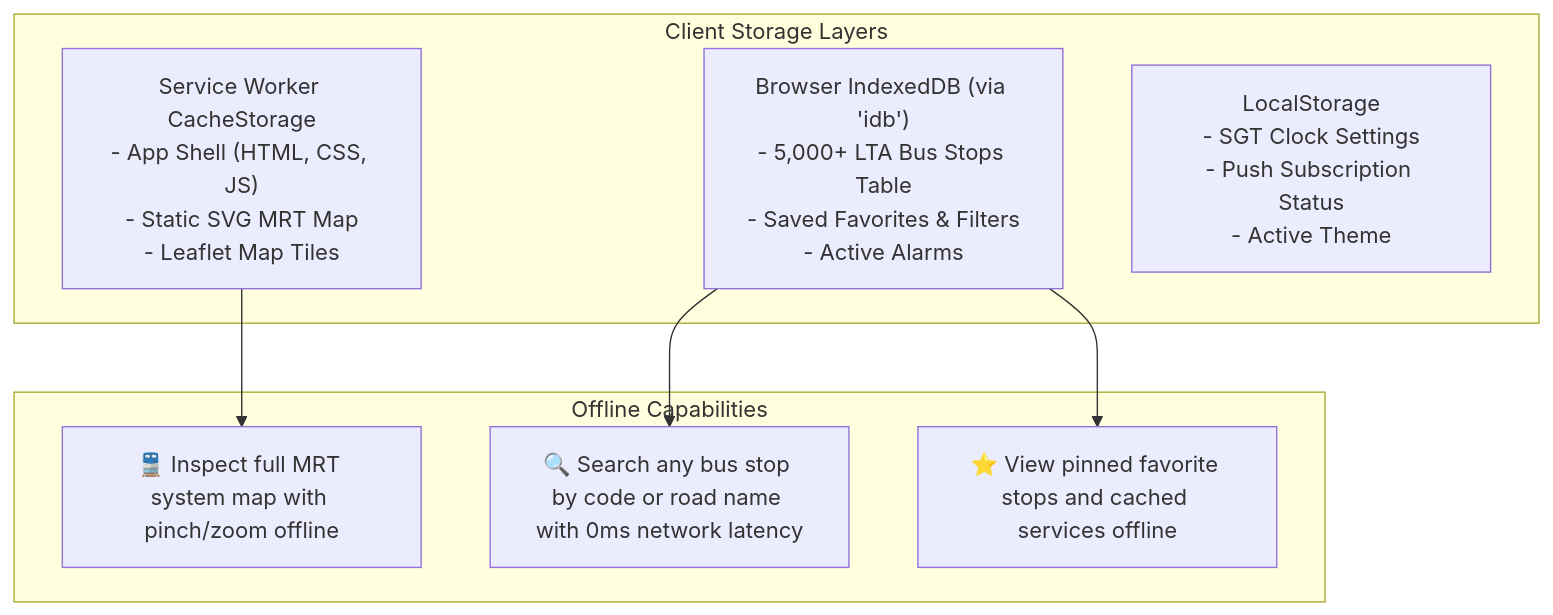
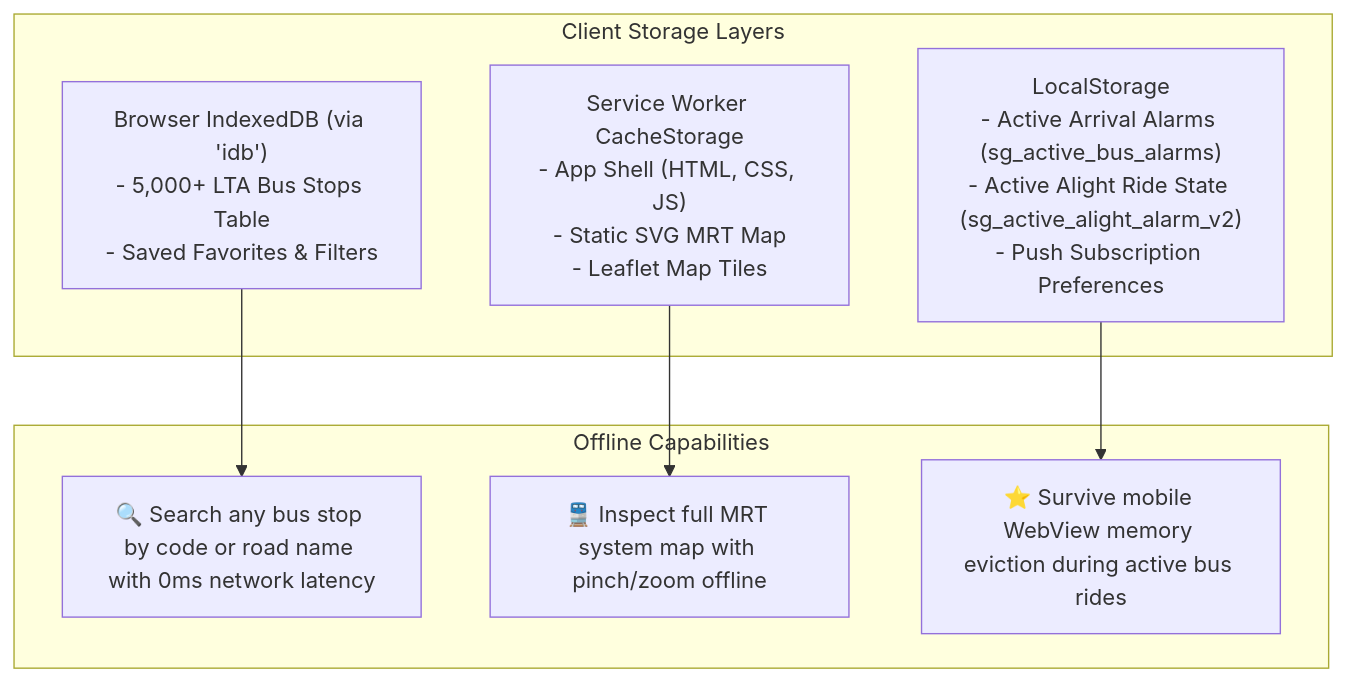
One commit to jasontan89/sg-bus-kaki-pwa changed the third of 3 diagrams in ARCHITECTURE.md. Above: the diagram before and after it, drawn with Mermaid. The commit also changed other lines of this file and 13 other files, not shown here.

Commit message:
feat(alight): add cloud background live-bus GPS tracking, 3-pulse Web Push, and mobile UI fixes

````diff
--- a/ARCHITECTURE.md
+++ b/ARCHITECTURE.md
@@ -147,18 +146,18 @@
 ```mermaid
 graph TD
     subgraph Storage["Client Storage Layers"]
         CacheStorage["Service Worker CacheStorage\n- App Shell (HTML, CSS, JS)\n- Static SVG MRT Map\n- Leaflet Map Tiles"]
-        IndexedDB["Browser IndexedDB (via 'idb')\n- 5,000+ LTA Bus Stops Table\n- Saved Favorites & Filters\n- Active Alarms"]
-        LocalStorage["LocalStorage\n- SGT Clock Settings\n- Push Subscription Status\n- Active Theme"]
+        IndexedDB["Browser IndexedDB (via 'idb')\n- 5,000+ LTA Bus Stops Table\n- Saved Favorites & Filters"]
+        LocalStorage["LocalStorage\n- Active Arrival Alarms (sg_active_bus_alarms)\n- Active Alight Ride State (sg_active_alight_alarm_v2)\n- Push Subscription Preferences"]
     end
 
     subgraph Query["Offline Capabilities"]
         S1["🔍 Search any bus stop by code or road name with 0ms network latency"]
         S2["🚆 Inspect full MRT system map with pinch/zoom offline"]
-        S3["⭐ View pinned favorite stops and cached services offline"]
+        S3["⭐ Survive mobile WebView memory eviction during active bus rides"]
     end
 
     IndexedDB --> S1
     CacheStorage --> S2
-    IndexedDB --> S3
+    LocalStorage --> S3
 ```
````
